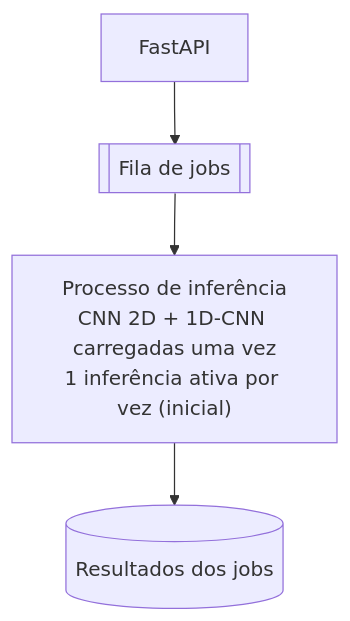
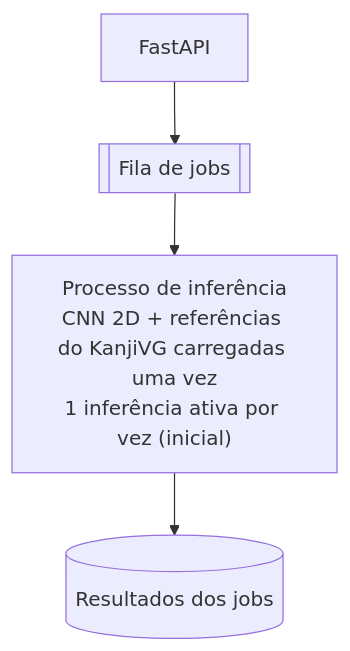
The third of 3 diagrams in docs/ARCHITECTURE.md (Asuka-Jyuku/kanji-lens), drawn with Mermaid before and after one commit. The commit also changed other lines of this file and 15 other files, not shown here.

````diff
--- a/docs/ARCHITECTURE.md
+++ b/docs/ARCHITECTURE.md
@@ -249,6 +278,6 @@
 ```mermaid
 flowchart TB
     api["FastAPI"] --> queue[["Fila de jobs"]]
-    queue --> inf["Processo de inferência<br/>CNN 2D + 1D-CNN carregadas uma vez<br/>1 inferência ativa por vez (inicial)"]
+    queue --> inf["Processo de inferência<br/>CNN 2D + referências do KanjiVG carregadas uma vez<br/>1 inferência ativa por vez (inicial)"]
     inf --> results[("Resultados dos jobs")]
 ```
````
